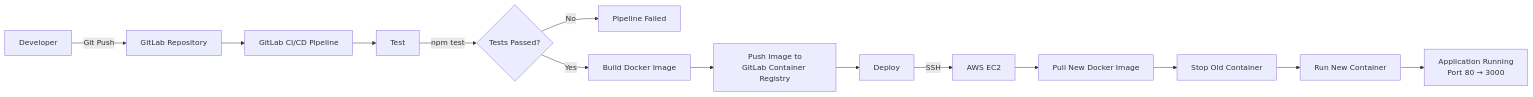
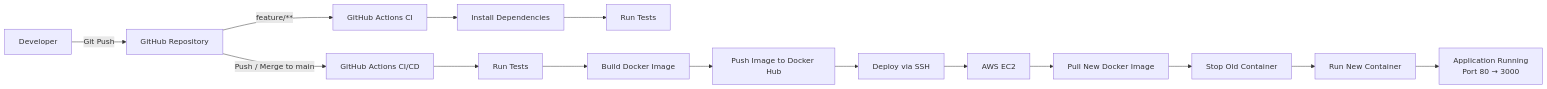
One commit to duytuandao21/demo-GODI changed the diagram in README.md. Above: the diagram before and after it, drawn with Mermaid. The commit also changed other lines of this file, not shown here.

````diff
--- a/README.md
+++ b/README.md
@@ -12,24 +12,19 @@
 ```mermaid
 flowchart LR
-    A[Developer] -->|Git Push| B[GitLab Repository]
+    A[Developer] -->|Git Push| B[GitHub Repository]
 
-    B --> C[GitLab CI/CD Pipeline]
+    B -->|feature/**| C[GitHub Actions CI]
+    C --> D[Install Dependencies]
+    D --> E[Run Tests]
 
-    C --> D[Test]
-    D -->|npm test| E{Tests Passed?}
-
-    E -->|No| F[Pipeline Failed]
-    E -->|Yes| G[Build Docker Image]
-
-    G --> H[Push Image to<br/>GitLab Container Registry]
-
-    H --> I[Deploy]
-
-    I -->|SSH| J[AWS EC2]
-
-    J --> K[Pull New Docker Image]
-    K --> L[Stop Old Container]
-    L --> M[Run New Container]
-
-    M --> N[Application Running<br/>Port 80 → 3000]
+    B -->|Push / Merge to main| F[GitHub Actions CI/CD]
+    F --> G[Run Tests]
+    G --> H[Build Docker Image]
+    H --> I[Push Image to Docker Hub]
+    I --> J[Deploy via SSH]
+    J --> K[AWS EC2]
+    K --> L[Pull New Docker Image]
+    L --> M[Stop Old Container]
+    M --> N[Run New Container]
+    N --> O[Application Running<br/>Port 80 → 3000]
 ```
````
